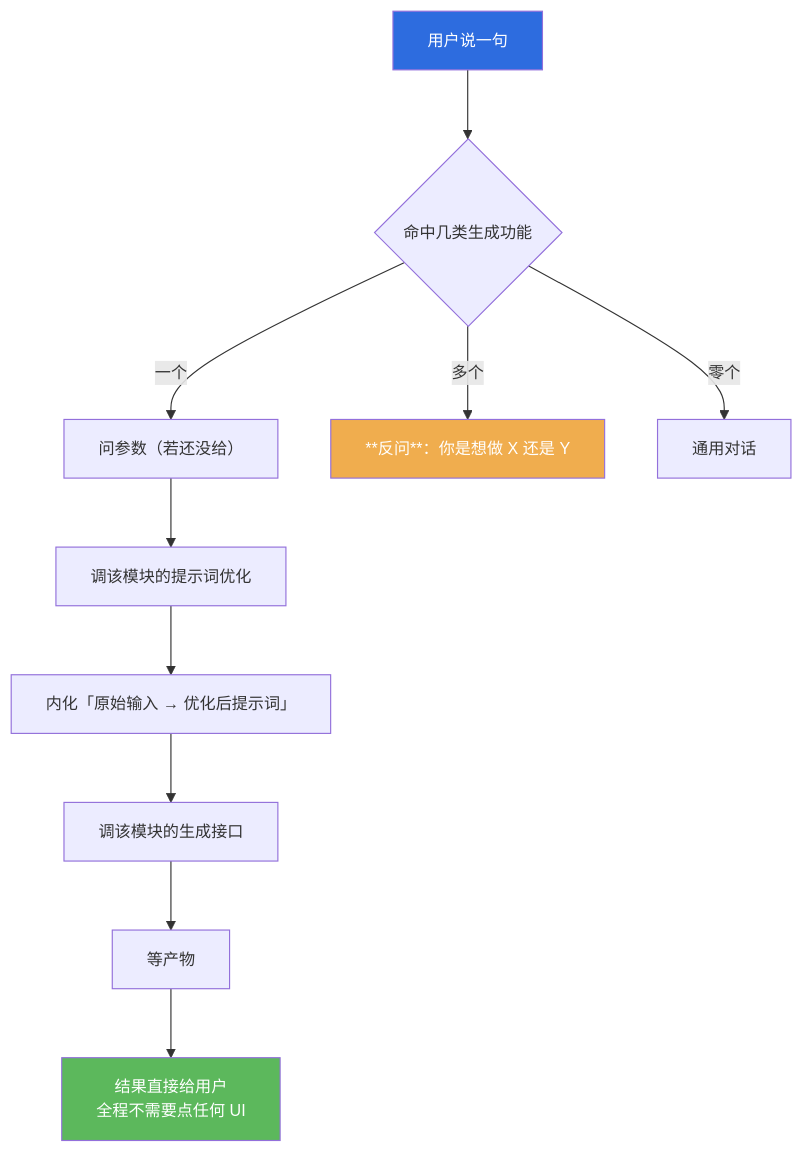
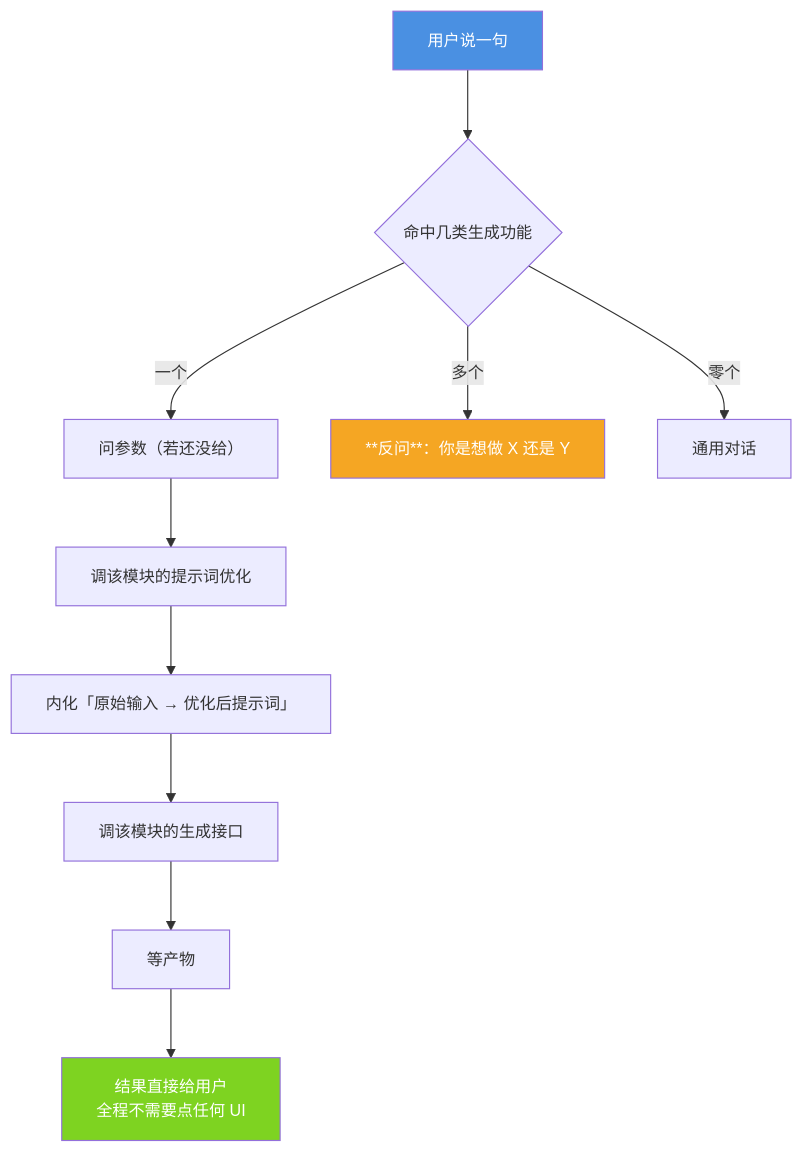
The diagram in docs/generator-connector.md (jiangchuangege/xiaojiao-harnees), drawn with Mermaid before and after one commit. The commit also changed 32 other files, not shown here.

Commit message:
统一：全仓原理图配色到一套调色板 + 给 12 张灰图补色 + 修正自己会睡那张过期图

````diff
--- a/docs/generator-connector.md
+++ b/docs/generator-connector.md
@@ -45,17 +45,17 @@
 ```mermaid
 %%{init: {"themeVariables": {"fontSize": "14px"}, "flowchart": {"htmlLabels": true, "wrappingWidth": 340, "nodeSpacing": 46, "rankSpacing": 60, "useMaxWidth": true}}}%%
 flowchart TB
     Q["用户说一句"] --> D{"命中几类生成功能"}
     D -->|"一个"| A["问参数（若还没给）"]
     D -->|"多个"| ASK["**反问**：你是想做 X 还是 Y"]
     D -->|"零个"| CHAT["通用对话"]
     A --> P1["调该模块的提示词优化"]
     P1 --> P2["内化「原始输入 → 优化后提示词」"]
     P2 --> P3["调该模块的生成接口"]
     P3 --> P4["等产物"]
     P4 --> OUT["结果直接给用户<br/>全程不需要点任何 UI"]
 
-    style Q fill:#2d6cdf,color:#fff
-    style ASK fill:#f0ad4e,color:#fff
-    style OUT fill:#5cb85c,color:#fff
+    style Q fill:#4A90E2,color:#fff
+    style ASK fill:#F5A623,color:#fff
+    style OUT fill:#7ED321,color:#fff
 ```
````
